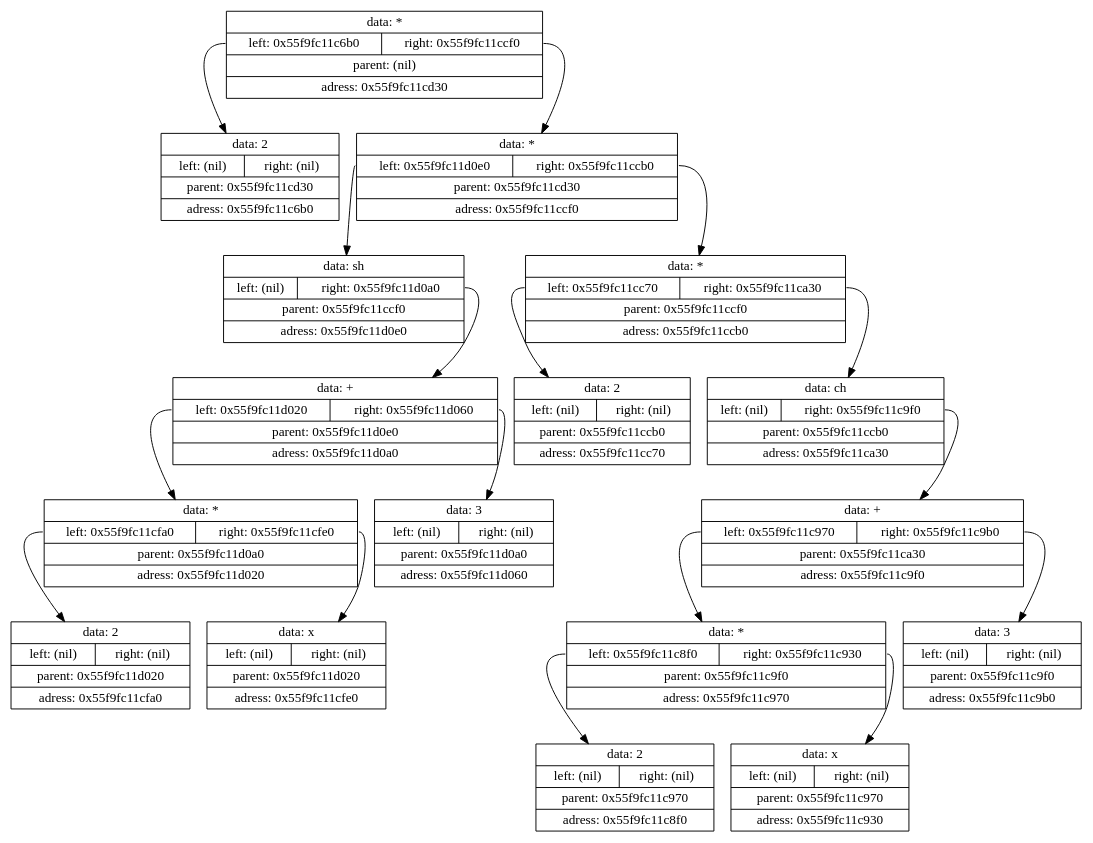
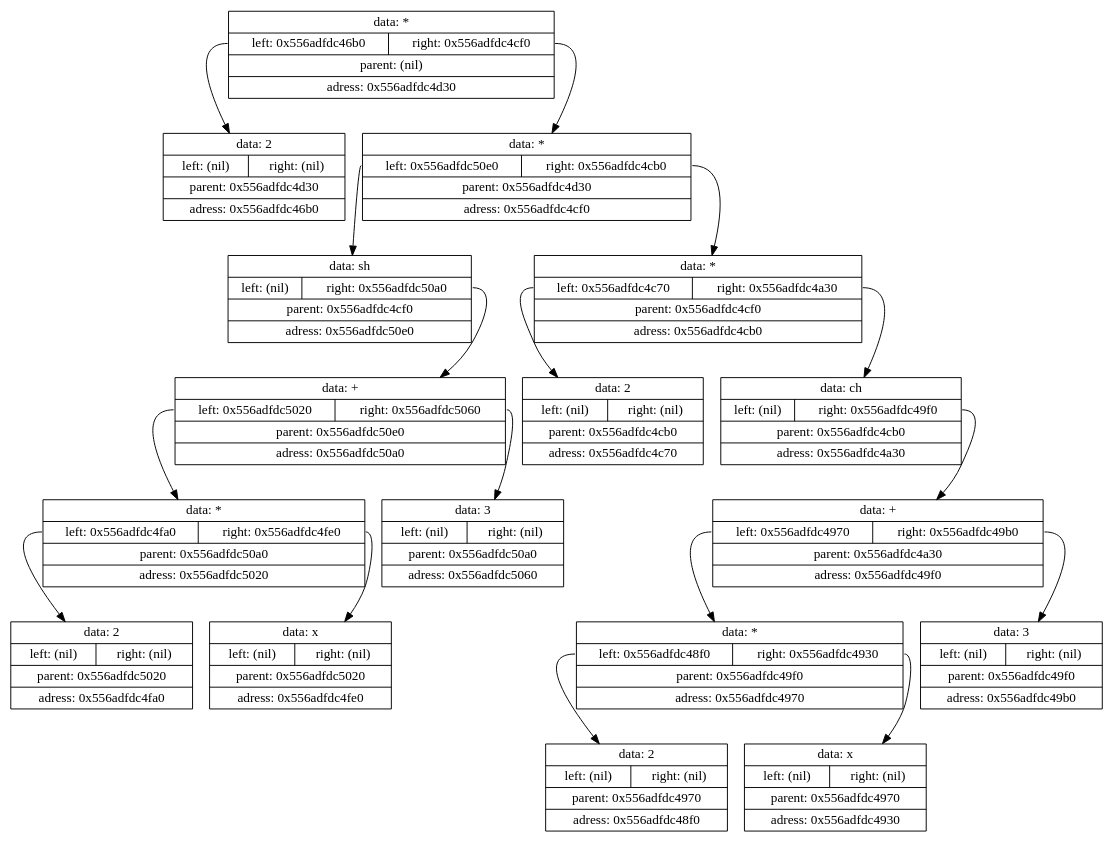
The diagram in Projects/8.Differenciator/log/tmp/tempautogeneratedlog.gv (Shishqa/MIPT_1sem_C_lang), drawn with Graphviz before and after one commit. The commit also changed 19 other files, not shown here.

```diff
--- a/Projects/8.Differenciator/log/tmp/tempautogeneratedlog.gv
+++ b/Projects/8.Differenciator/log/tmp/tempautogeneratedlog.gv
@@ -1,37 +1,37 @@
 digraph dump
 {
-	node0x55f9fc11cd30 [shape = "record", label = "{<f1>data: *|{<f2>left: 0x55f9fc11c6b0|<f3>right: 0x55f9fc11ccf0}|<f4>parent: (nil)|<f5>adress: 0x55f9fc11cd30}"];
-	node0x55f9fc11c6b0 [shape = "record", label = "{<f1>data: 2|{<f2>left: (nil)|<f3>right: (nil)}|<f4>parent: 0x55f9fc11cd30|<f5>adress: 0x55f9fc11c6b0}"];
-	node0x55f9fc11cd30:f2 -> node0x55f9fc11c6b0
-	node0x55f9fc11ccf0 [shape = "record", label = "{<f1>data: *|{<f2>left: 0x55f9fc11d0e0|<f3>right: 0x55f9fc11ccb0}|<f4>parent: 0x55f9fc11cd30|<f5>adress: 0x55f9fc11ccf0}"];
-	node0x55f9fc11d0e0 [shape = "record", label = "{<f1>data: sh|{<f2>left: (nil)|<f3>right: 0x55f9fc11d0a0}|<f4>parent: 0x55f9fc11ccf0|<f5>adress: 0x55f9fc11d0e0}"];
-	node0x55f9fc11d0a0 [shape = "record", label = "{<f1>data: +|{<f2>left: 0x55f9fc11d020|<f3>right: 0x55f9fc11d060}|<f4>parent: 0x55f9fc11d0e0|<f5>adress: 0x55f9fc11d0a0}"];
-	node0x55f9fc11d020 [shape = "record", label = "{<f1>data: *|{<f2>left: 0x55f9fc11cfa0|<f3>right: 0x55f9fc11cfe0}|<f4>parent: 0x55f9fc11d0a0|<f5>adress: 0x55f9fc11d020}"];
-	node0x55f9fc11cfa0 [shape = "record", label = "{<f1>data: 2|{<f2>left: (nil)|<f3>right: (nil)}|<f4>parent: 0x55f9fc11d020|<f5>adress: 0x55f9fc11cfa0}"];
-	node0x55f9fc11d020:f2 -> node0x55f9fc11cfa0
-	node0x55f9fc11cfe0 [shape = "record", label = "{<f1>data: x|{<f2>left: (nil)|<f3>right: (nil)}|<f4>parent: 0x55f9fc11d020|<f5>adress: 0x55f9fc11cfe0}"];
-	node0x55f9fc11d020:f3 -> node0x55f9fc11cfe0
-	node0x55f9fc11d0a0:f2 -> node0x55f9fc11d020
-	node0x55f9fc11d060 [shape = "record", label = "{<f1>data: 3|{<f2>left: (nil)|<f3>right: (nil)}|<f4>parent: 0x55f9fc11d0a0|<f5>adress: 0x55f9fc11d060}"];
-	node0x55f9fc11d0a0:f3 -> node0x55f9fc11d060
-	node0x55f9fc11d0e0:f3 -> node0x55f9fc11d0a0
-	node0x55f9fc11ccf0:f2 -> node0x55f9fc11d0e0
-	node0x55f9fc11ccb0 [shape = "record", label = "{<f1>data: *|{<f2>left: 0x55f9fc11cc70|<f3>right: 0x55f9fc11ca30}|<f4>parent: 0x55f9fc11ccf0|<f5>adress: 0x55f9fc11ccb0}"];
-	node0x55f9fc11cc70 [shape = "record", label = "{<f1>data: 2|{<f2>left: (nil)|<f3>right: (nil)}|<f4>parent: 0x55f9fc11ccb0|<f5>adress: 0x55f9fc11cc70}"];
-	node0x55f9fc11ccb0:f2 -> node0x55f9fc11cc70
-	node0x55f9fc11ca30 [shape = "record", label = "{<f1>data: ch|{<f2>left: (nil)|<f3>right: 0x55f9fc11c9f0}|<f4>parent: 0x55f9fc11ccb0|<f5>adress: 0x55f9fc11ca30}"];
-	node0x55f9fc11c9f0 [shape = "record", label = "{<f1>data: +|{<f2>left: 0x55f9fc11c970|<f3>right: 0x55f9fc11c9b0}|<f4>parent: 0x55f9fc11ca30|<f5>adress: 0x55f9fc11c9f0}"];
-	node0x55f9fc11c970 [shape = "record", label = "{<f1>data: *|{<f2>left: 0x55f9fc11c8f0|<f3>right: 0x55f9fc11c930}|<f4>parent: 0x55f9fc11c9f0|<f5>adress: 0x55f9fc11c970}"];
-	node0x55f9fc11c8f0 [shape = "record", label = "{<f1>data: 2|{<f2>left: (nil)|<f3>right: (nil)}|<f4>parent: 0x55f9fc11c970|<f5>adress: 0x55f9fc11c8f0}"];
-	node0x55f9fc11c970:f2 -> node0x55f9fc11c8f0
-	node0x55f9fc11c930 [shape = "record", label = "{<f1>data: x|{<f2>left: (nil)|<f3>right: (nil)}|<f4>parent: 0x55f9fc11c970|<f5>adress: 0x55f9fc11c930}"];
-	node0x55f9fc11c970:f3 -> node0x55f9fc11c930
-	node0x55f9fc11c9f0:f2 -> node0x55f9fc11c970
-	node0x55f9fc11c9b0 [shape = "record", label = "{<f1>data: 3|{<f2>left: (nil)|<f3>right: (nil)}|<f4>parent: 0x55f9fc11c9f0|<f5>adress: 0x55f9fc11c9b0}"];
-	node0x55f9fc11c9f0:f3 -> node0x55f9fc11c9b0
-	node0x55f9fc11ca30:f3 -> node0x55f9fc11c9f0
-	node0x55f9fc11ccb0:f3 -> node0x55f9fc11ca30
-	node0x55f9fc11ccf0:f3 -> node0x55f9fc11ccb0
-	node0x55f9fc11cd30:f3 -> node0x55f9fc11ccf0
+	node0x556adfdc4d30 [shape = "record", label = "{<f1>data: *|{<f2>left: 0x556adfdc46b0|<f3>right: 0x556adfdc4cf0}|<f4>parent: (nil)|<f5>adress: 0x556adfdc4d30}"];
+	node0x556adfdc46b0 [shape = "record", label = "{<f1>data: 2|{<f2>left: (nil)|<f3>right: (nil)}|<f4>parent: 0x556adfdc4d30|<f5>adress: 0x556adfdc46b0}"];
+	node0x556adfdc4d30:f2 -> node0x556adfdc46b0
+	node0x556adfdc4cf0 [shape = "record", label = "{<f1>data: *|{<f2>left: 0x556adfdc50e0|<f3>right: 0x556adfdc4cb0}|<f4>parent: 0x556adfdc4d30|<f5>adress: 0x556adfdc4cf0}"];
+	node0x556adfdc50e0 [shape = "record", label = "{<f1>data: sh|{<f2>left: (nil)|<f3>right: 0x556adfdc50a0}|<f4>parent: 0x556adfdc4cf0|<f5>adress: 0x556adfdc50e0}"];
+	node0x556adfdc50a0 [shape = "record", label = "{<f1>data: +|{<f2>left: 0x556adfdc5020|<f3>right: 0x556adfdc5060}|<f4>parent: 0x556adfdc50e0|<f5>adress: 0x556adfdc50a0}"];
+	node0x556adfdc5020 [shape = "record", label = "{<f1>data: *|{<f2>left: 0x556adfdc4fa0|<f3>right: 0x556adfdc4fe0}|<f4>parent: 0x556adfdc50a0|<f5>adress: 0x556adfdc5020}"];
+	node0x556adfdc4fa0 [shape = "record", label = "{<f1>data: 2|{<f2>left: (nil)|<f3>right: (nil)}|<f4>parent: 0x556adfdc5020|<f5>adress: 0x556adfdc4fa0}"];
+	node0x556adfdc5020:f2 -> node0x556adfdc4fa0
+	node0x556adfdc4fe0 [shape = "record", label = "{<f1>data: x|{<f2>left: (nil)|<f3>right: (nil)}|<f4>parent: 0x556adfdc5020|<f5>adress: 0x556adfdc4fe0}"];
+	node0x556adfdc5020:f3 -> node0x556adfdc4fe0
+	node0x556adfdc50a0:f2 -> node0x556adfdc5020
+	node0x556adfdc5060 [shape = "record", label = "{<f1>data: 3|{<f2>left: (nil)|<f3>right: (nil)}|<f4>parent: 0x556adfdc50a0|<f5>adress: 0x556adfdc5060}"];
+	node0x556adfdc50a0:f3 -> node0x556adfdc5060
+	node0x556adfdc50e0:f3 -> node0x556adfdc50a0
+	node0x556adfdc4cf0:f2 -> node0x556adfdc50e0
+	node0x556adfdc4cb0 [shape = "record", label = "{<f1>data: *|{<f2>left: 0x556adfdc4c70|<f3>right: 0x556adfdc4a30}|<f4>parent: 0x556adfdc4cf0|<f5>adress: 0x556adfdc4cb0}"];
+	node0x556adfdc4c70 [shape = "record", label = "{<f1>data: 2|{<f2>left: (nil)|<f3>right: (nil)}|<f4>parent: 0x556adfdc4cb0|<f5>adress: 0x556adfdc4c70}"];
+	node0x556adfdc4cb0:f2 -> node0x556adfdc4c70
+	node0x556adfdc4a30 [shape = "record", label = "{<f1>data: ch|{<f2>left: (nil)|<f3>right: 0x556adfdc49f0}|<f4>parent: 0x556adfdc4cb0|<f5>adress: 0x556adfdc4a30}"];
+	node0x556adfdc49f0 [shape = "record", label = "{<f1>data: +|{<f2>left: 0x556adfdc4970|<f3>right: 0x556adfdc49b0}|<f4>parent: 0x556adfdc4a30|<f5>adress: 0x556adfdc49f0}"];
+	node0x556adfdc4970 [shape = "record", label = "{<f1>data: *|{<f2>left: 0x556adfdc48f0|<f3>right: 0x556adfdc4930}|<f4>parent: 0x556adfdc49f0|<f5>adress: 0x556adfdc4970}"];
+	node0x556adfdc48f0 [shape = "record", label = "{<f1>data: 2|{<f2>left: (nil)|<f3>right: (nil)}|<f4>parent: 0x556adfdc4970|<f5>adress: 0x556adfdc48f0}"];
+	node0x556adfdc4970:f2 -> node0x556adfdc48f0
+	node0x556adfdc4930 [shape = "record", label = "{<f1>data: x|{<f2>left: (nil)|<f3>right: (nil)}|<f4>parent: 0x556adfdc4970|<f5>adress: 0x556adfdc4930}"];
+	node0x556adfdc4970:f3 -> node0x556adfdc4930
+	node0x556adfdc49f0:f2 -> node0x556adfdc4970
+	node0x556adfdc49b0 [shape = "record", label = "{<f1>data: 3|{<f2>left: (nil)|<f3>right: (nil)}|<f4>parent: 0x556adfdc49f0|<f5>adress: 0x556adfdc49b0}"];
+	node0x556adfdc49f0:f3 -> node0x556adfdc49b0
+	node0x556adfdc4a30:f3 -> node0x556adfdc49f0
+	node0x556adfdc4cb0:f3 -> node0x556adfdc4a30
+	node0x556adfdc4cf0:f3 -> node0x556adfdc4cb0
+	node0x556adfdc4d30:f3 -> node0x556adfdc4cf0
 
 }
```
